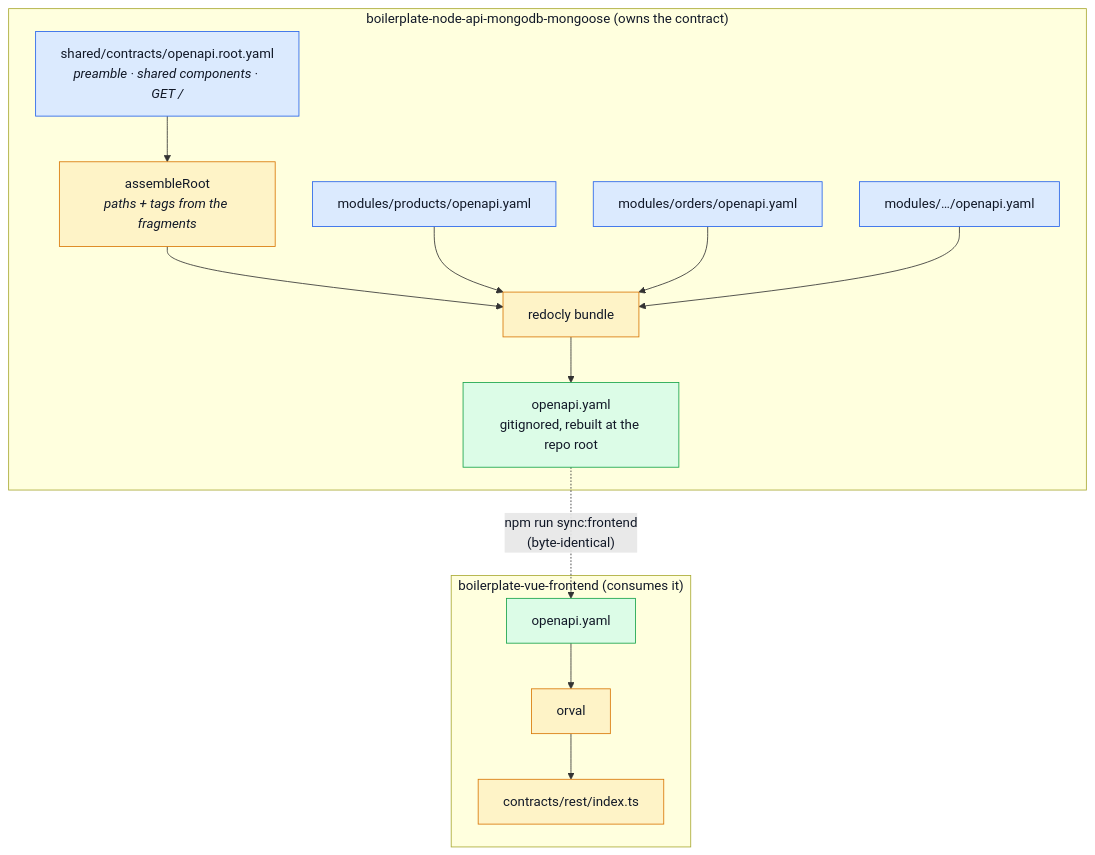
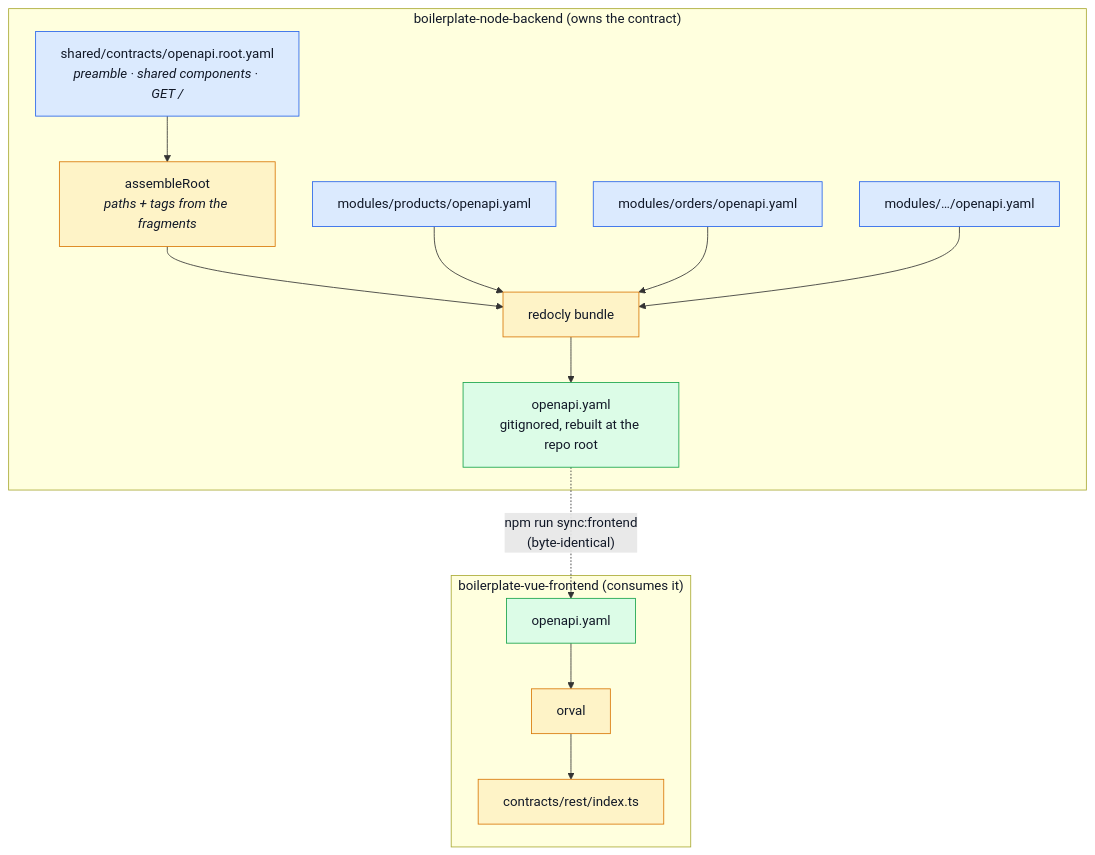
One commit to Guebbit/boilerplate-node-backend changed the first of 2 diagrams in docs/api/contract-fragmentation.md. Above: the diagram before and after it, drawn with Mermaid. The commit also changed other lines of this file and 7 other files, not shown here.

````diff
--- a/docs/api/contract-fragmentation.md
+++ b/docs/api/contract-fragmentation.md
@@ -79,24 +82,24 @@
 ```mermaid
 %%{init: {'flowchart': {'nodeSpacing': 45, 'rankSpacing': 55}}}%%
 flowchart TD
-    subgraph BE["boilerplate-node-api-mongodb-mongoose  (owns the contract)"]
+    subgraph BE["boilerplate-node-backend  (owns the contract)"]
         H["shared/contracts/openapi.root.yaml<br/><i>preamble · shared components · GET /</i>"] --> AR["assembleRoot<br/><i>paths + tags from the fragments</i>"] --> B["redocly bundle"]
         F1["modules/products/openapi.yaml"] --> B
         F2["modules/orders/openapi.yaml"] --> B
         F3["modules/…/openapi.yaml"] --> B
         B --> ROOT["openapi.yaml<br/>gitignored, rebuilt at the repo root"]
     end
 
     ROOT -.->|"npm run sync:frontend<br/>(byte-identical)"| FEROOT
 
     subgraph FE["boilerplate-vue-frontend  (consumes it)"]
         FEROOT["openapi.yaml"] --> ORVAL[orval] --> CLIENT["contracts/rest/index.ts"]
     end
 
     classDef frag fill:#dbeafe,stroke:#2563eb,color:#111827;
     classDef root fill:#dcfce7,stroke:#16a34a,color:#111827;
     classDef tool fill:#fef3c7,stroke:#d97706,color:#111827;
     class H,F1,F2,F3 frag;
     class ROOT,FEROOT root;
     class B,AR,ORVAL,CLIENT tool;
 ```
````
